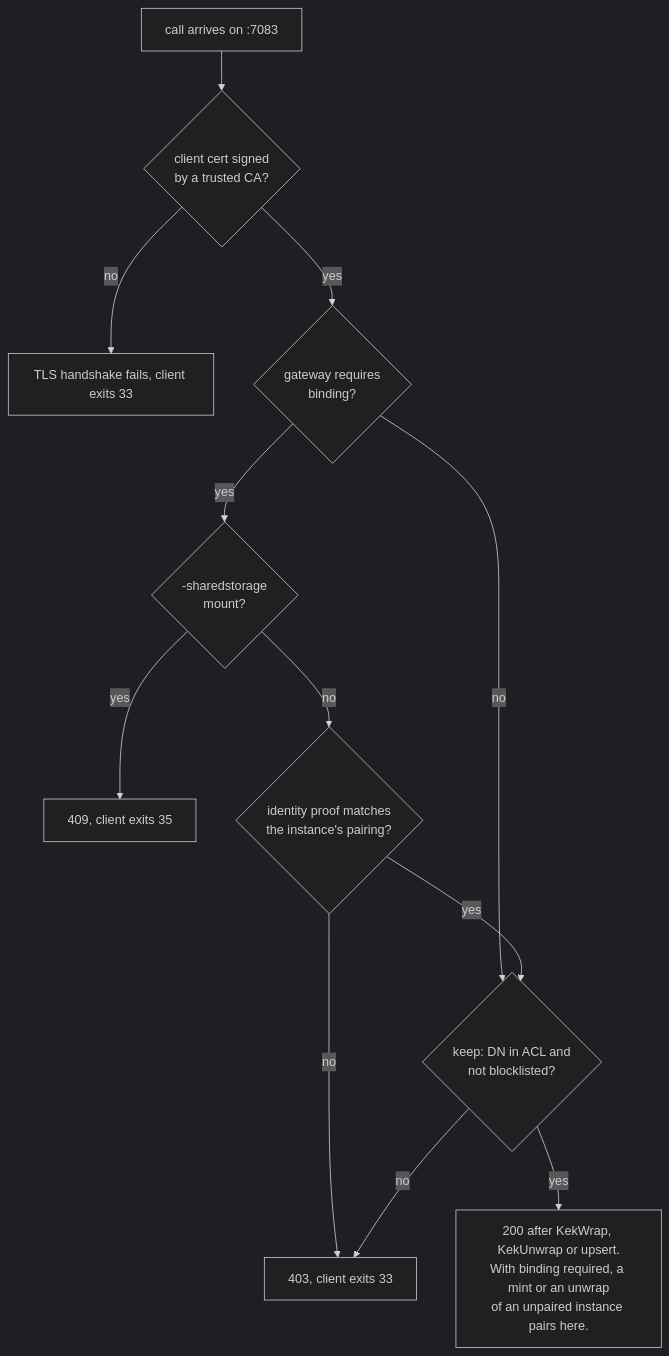
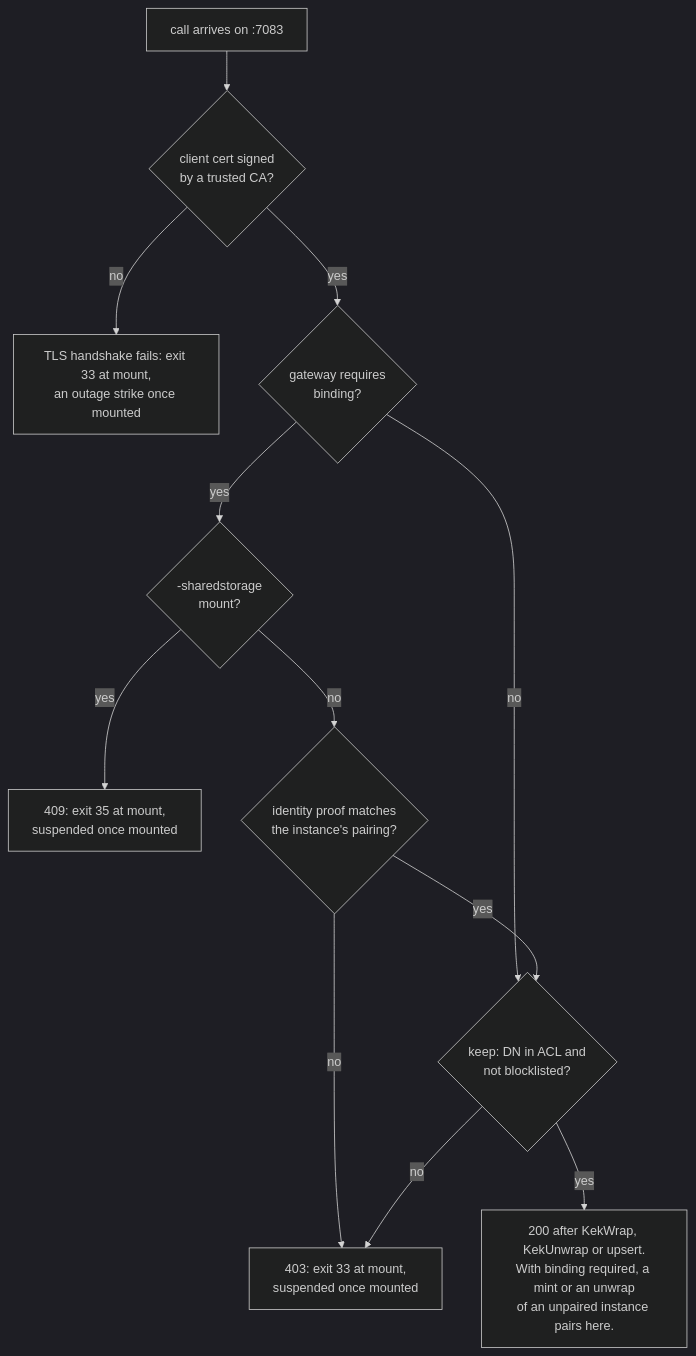
One commit to TrustedKeep/gocryptfs changed the third of 7 diagrams in Documentation/tkfs-v2-review-guide.md. Above: the diagram before and after it, drawn with Mermaid (dark theme). The commit also changed other lines of this file and 12 other files, not shown here.

````diff
--- a/Documentation/tkfs-v2-review-guide.md
+++ b/Documentation/tkfs-v2-review-guide.md
@@ -130,14 +130,14 @@
 ```mermaid
 flowchart TD
   A["call arrives on :7083"] --> B{"client cert signed<br/>by a trusted CA?"}
-  B -- no --> X1["TLS handshake fails, client exits 33"]
+  B -- no --> X1["TLS handshake fails: exit 33 at mount,<br/>an outage strike once mounted"]
   B -- yes --> C{"gateway requires<br/>binding?"}
   C -- no --> G
   C -- yes --> S{"-sharedstorage<br/>mount?"}
-  S -- yes --> X2["409, client exits 35"]
+  S -- yes --> X2["409: exit 35 at mount,<br/>suspended once mounted"]
   S -- no --> E{"identity proof matches<br/>the instance's pairing?"}
-  E -- no --> X3["403, client exits 33"]
+  E -- no --> X3["403: exit 33 at mount,<br/>suspended once mounted"]
   E -- yes --> G{"keep: DN in ACL and<br/>not blocklisted?"}
   G -- no --> X3
   G -- yes --> OK["200 after KekWrap, KekUnwrap or upsert.<br/>With binding required, a mint or an unwrap<br/>of an unpaired instance pairs here."]
 ```
````
